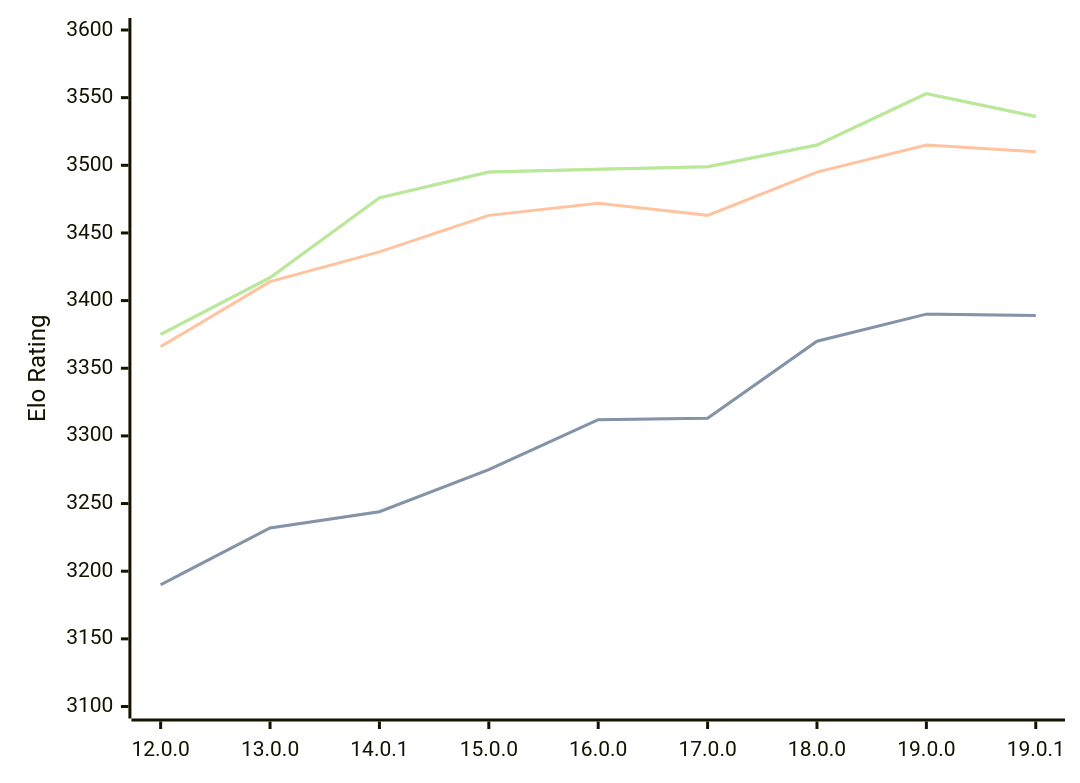
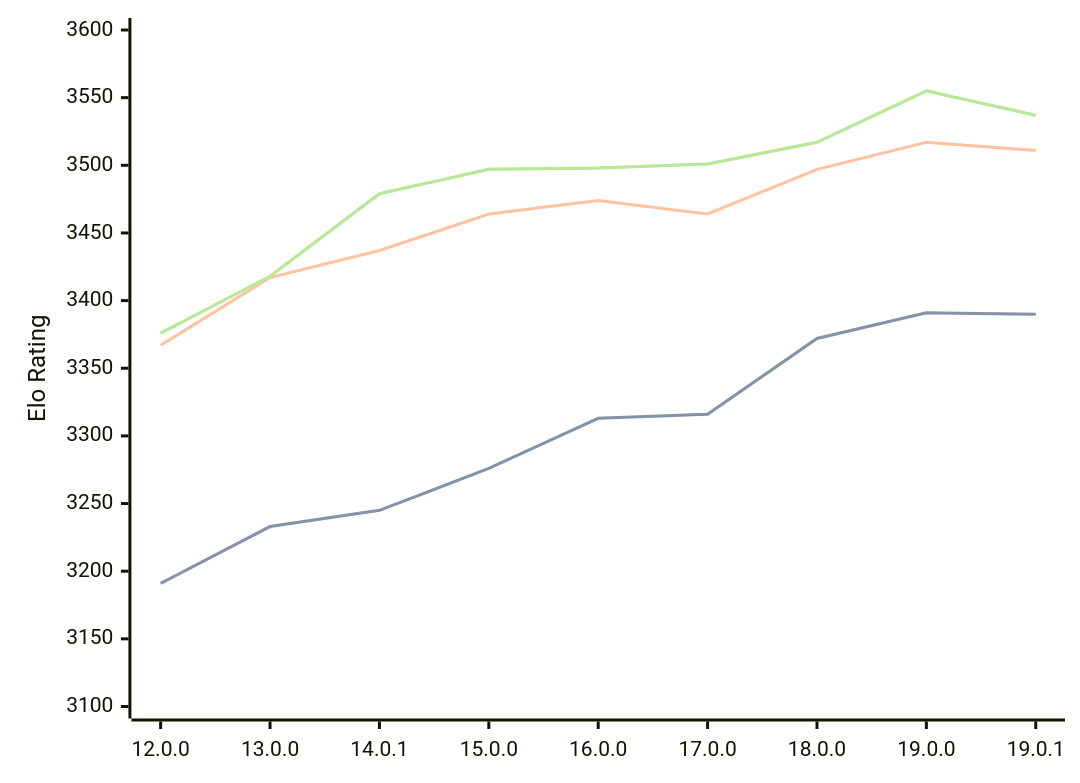
Before and after one commit to computer-chess-index/cci: the diagram in engines/Viridithas.md, drawn with Mermaid. The commit also changed other lines of this file, not shown here.

Commit message:
Update CCI Ratings (ELO VLTC) - 2026-06-11

````diff
--- a/engines/Viridithas.md
+++ b/engines/Viridithas.md
@@ -63,11 +63,11 @@
 ```mermaid
 %%{init: {"theme":"base","themeVariables":{"seriesColors:['#a3a3a3','#222221','#faa371']}}}%%
 xychart-beta
   x-axis ["12.0.0", "13.0.0", "14.0.1", "15.0.0", "16.0.0", "17.0.0", "18.0.0", "19.0.0", "19.0.1"]
   y-axis "Elo Rating" 3100 --> 3600
-  line "STC (8.0+0.08s)" [3190, 3232, 3244, 3275, 3312, 3313, 3370, 3390, 3389]
-  line "STC (8.0+0.08s)" [3190, 3232, 3244, 3275, 3312, 3313, 3370, 3390, 3389]
-  line "LTC (60.0+0.60s)" [3366, 3414, 3436, 3463, 3472, 3463, 3495, 3515, 3510]
-  line "VLTC (2m24s+1.12s)" [3375, 3417, 3476, 3495, 3497, 3499, 3515, 3553, 3536]
-  line "VLTC (2m24s+1.12s)" [3375, 3417, 3476, 3495, 3497, 3499, 3515, 3553, 3536]
+  line "STC (8.0+0.08s)" [3191, 3233, 3245, 3276, 3313, 3316, 3372, 3391, 3390]
+  line "STC (8.0+0.08s)" [3191, 3233, 3245, 3276, 3313, 3316, 3372, 3391, 3390]
+  line "LTC (60.0+0.60s)" [3367, 3417, 3437, 3464, 3474, 3464, 3497, 3517, 3511]
+  line "VLTC (2m24s+1.12s)" [3376, 3418, 3479, 3497, 3498, 3501, 3517, 3555, 3537]
+  line "VLTC (2m24s+1.12s)" [3376, 3418, 3479, 3497, 3498, 3501, 3517, 3555, 3537]
 ```
````
